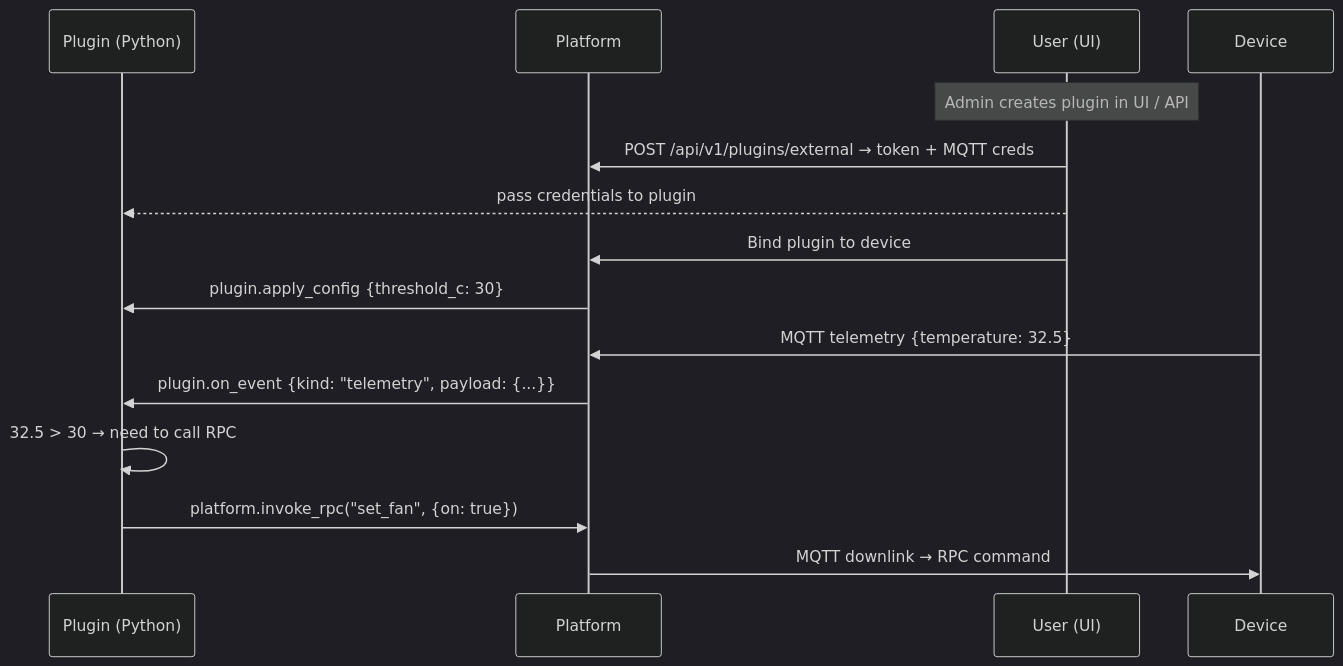
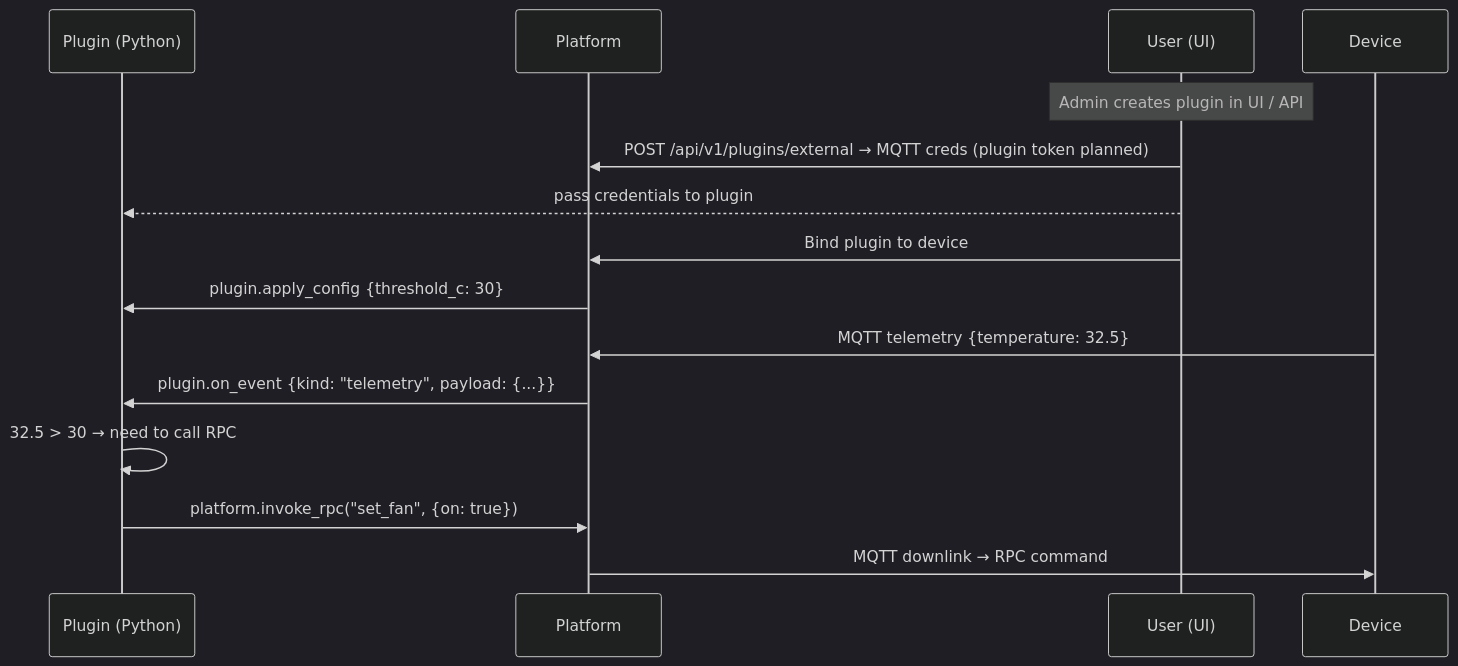
Before and after one commit to darvik80/iot-platform-go: the fifth of 6 diagrams in docs/en/08-external-plugins.md, drawn with Mermaid (dark theme). The commit also changed other lines of this file and 81 other files, not shown here.

````diff
--- a/docs/en/08-external-plugins.md
+++ b/docs/en/08-external-plugins.md
@@ -935,18 +992,18 @@
 ```mermaid
 sequenceDiagram
     participant Pl as Plugin (Python)
     participant P as Platform
     participant U as User (UI)
     participant D as Device
 
     Note over U: Admin creates plugin in UI / API
-    U->>P: POST /api/v1/plugins/external → token + MQTT creds
+    U->>P: POST /api/v1/plugins/external → MQTT creds (plugin token planned)
     U-->>Pl: pass credentials to plugin
     U->>P: Bind plugin to device
     P->>Pl: plugin.apply_config {threshold_c: 30}
     D->>P: MQTT telemetry {temperature: 32.5}
     P->>Pl: plugin.on_event {kind: "telemetry", payload: {...}}
     Pl->>Pl: 32.5 > 30 → need to call RPC
     Pl->>P: platform.invoke_rpc("set_fan", {on: true})
     P->>D: MQTT downlink → RPC command
 ```
````
